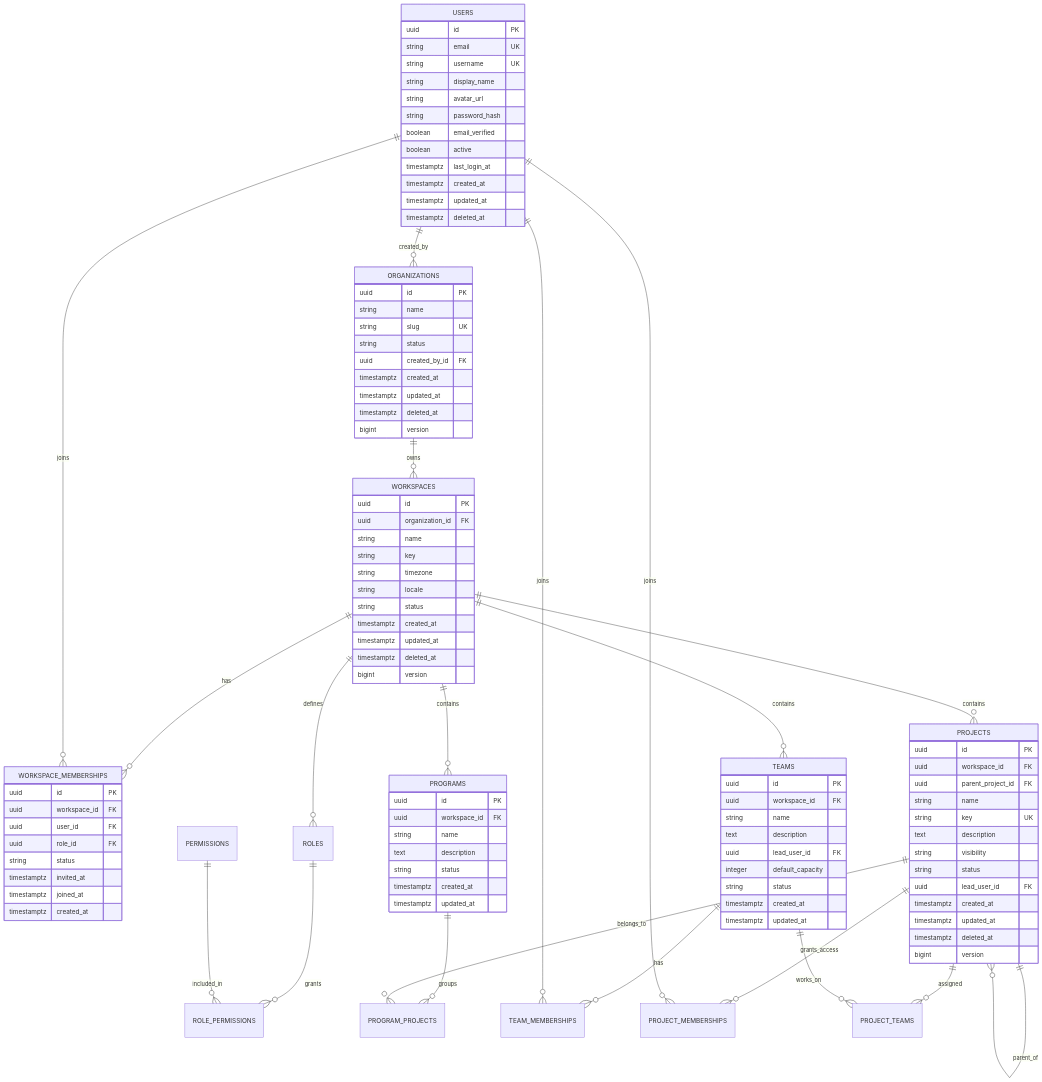
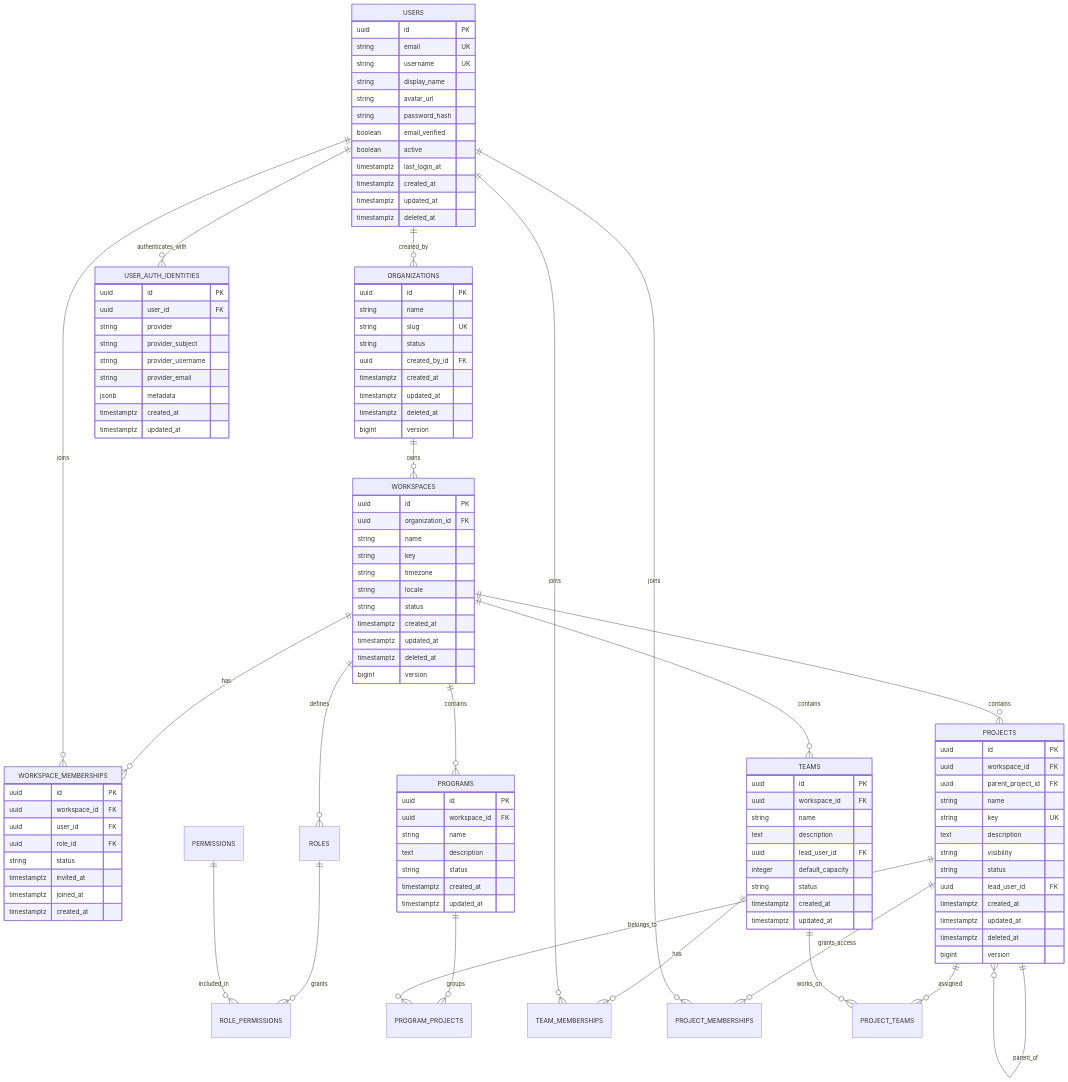
One commit to StrangeQuark/trasck changed the first of 5 diagrams in TECH_SPECS.MD. Above: the diagram before and after it, drawn with Mermaid. The commit also changed other lines of this file and 3 other files, not shown here.

Commit message:
CODEX: Generate DB schema file

```diff
--- a/TECH_SPECS.MD
+++ b/TECH_SPECS.MD
@@ -134,6 +138,7 @@
 erDiagram
     ORGANIZATIONS ||--o{ WORKSPACES : owns
     USERS ||--o{ ORGANIZATIONS : created_by
+    USERS ||--o{ USER_AUTH_IDENTITIES : authenticates_with
     WORKSPACES ||--o{ WORKSPACE_MEMBERSHIPS : has
     USERS ||--o{ WORKSPACE_MEMBERSHIPS : joins
     WORKSPACES ||--o{ ROLES : defines
@@ -193,6 +198,18 @@
         timestamptz deleted_at
     }
 
+    USER_AUTH_IDENTITIES {
+        uuid id PK
+        uuid user_id FK
+        string provider
+        string provider_subject
+        string provider_username
+        string provider_email
+        jsonb metadata
+        timestamptz created_at
+        timestamptz updated_at
+    }
+
     WORKSPACE_MEMBERSHIPS {
         uuid id PK
         uuid workspace_id FK
```
